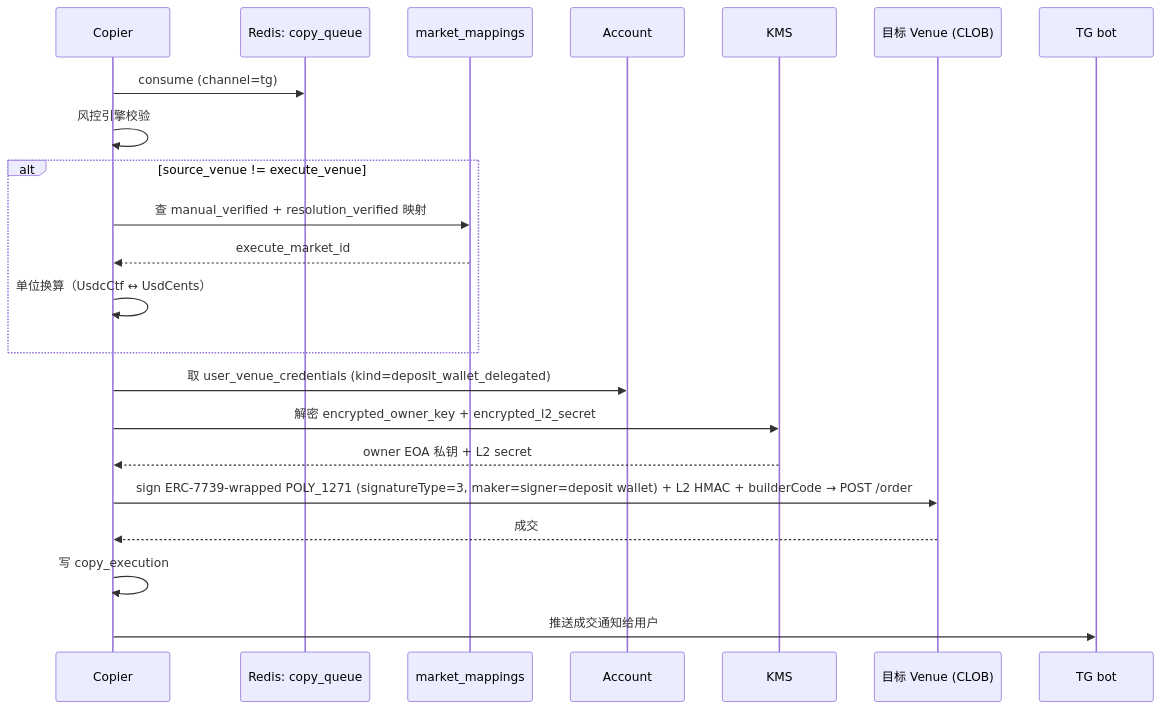
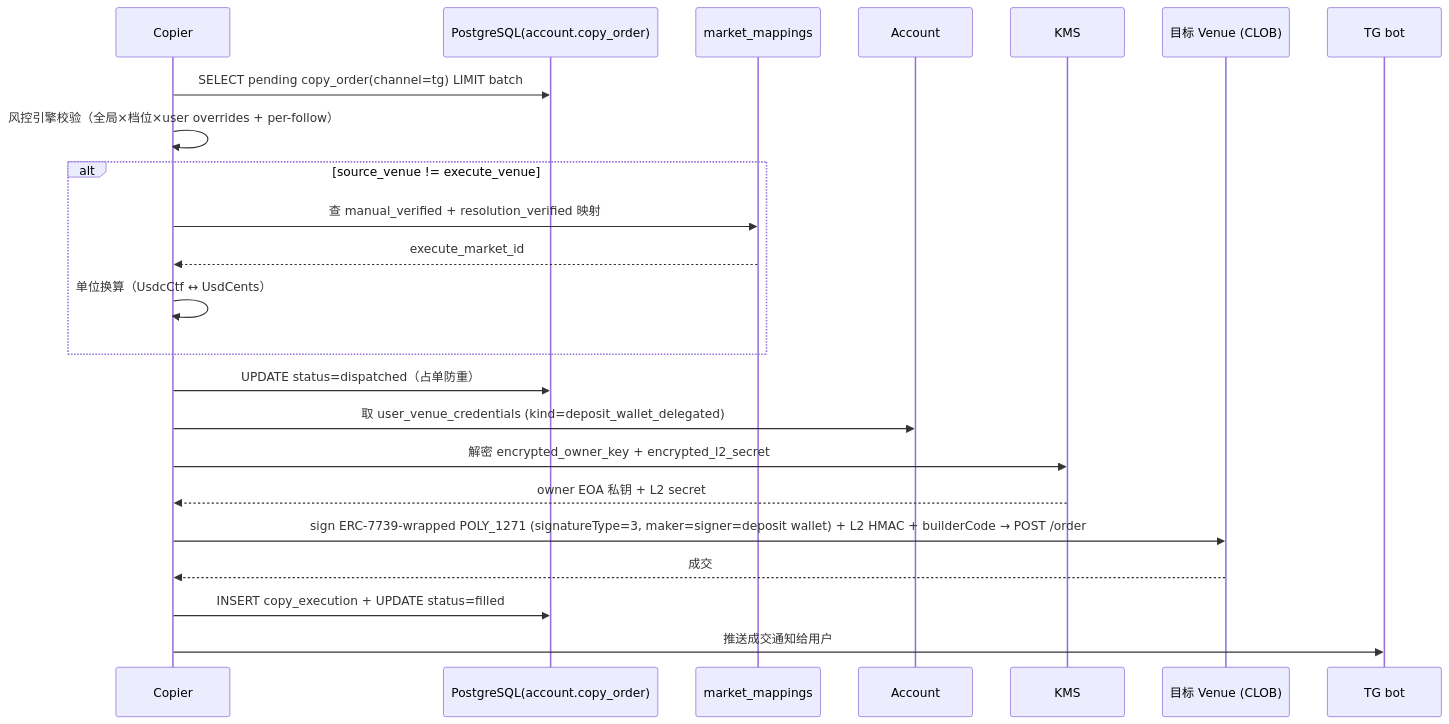
One commit to laoshalab/sharpside changed the sixth of 9 diagrams in docs/FLOWS.md. Above: the diagram before and after it, drawn with Mermaid. The commit also changed other lines of this file and 5 other files, not shown here.

````diff
--- a/docs/FLOWS.md
+++ b/docs/FLOWS.md
@@ -100,24 +102,25 @@
 ```mermaid
 sequenceDiagram
   participant CPY as Copier
-  participant Q as Redis: copy_queue
+  participant DB as PostgreSQL(account.copy_order)
   participant MAP as market_mappings
   participant ACC as Account
   participant KMS as KMS
   participant V as 目标 Venue (CLOB)
   participant TG as TG bot
-  CPY->>Q: consume (channel=tg)
-  CPY->>CPY: 风控引擎校验
+  CPY->>DB: SELECT pending copy_order(channel=tg) LIMIT batch
+  CPY->>CPY: 风控引擎校验（全局×档位×user overrides + per-follow）
   alt source_venue != execute_venue
     CPY->>MAP: 查 manual_verified + resolution_verified 映射
     MAP-->>CPY: execute_market_id
     CPY->>CPY: 单位换算（UsdcCtf ↔ UsdCents）
   end
+  CPY->>DB: UPDATE status=dispatched（占单防重）
   CPY->>ACC: 取 user_venue_credentials (kind=deposit_wallet_delegated)
   CPY->>KMS: 解密 encrypted_owner_key + encrypted_l2_secret
   KMS-->>CPY: owner EOA 私钥 + L2 secret
   CPY->>V: sign ERC-7739-wrapped POLY_1271 (signatureType=3, maker=signer=deposit wallet) + L2 HMAC + builderCode → POST /order
   V-->>CPY: 成交
-  CPY->>CPY: 写 copy_execution
+  CPY->>DB: INSERT copy_execution + UPDATE status=filled
   CPY->>TG: 推送成交通知给用户
 ```
````
